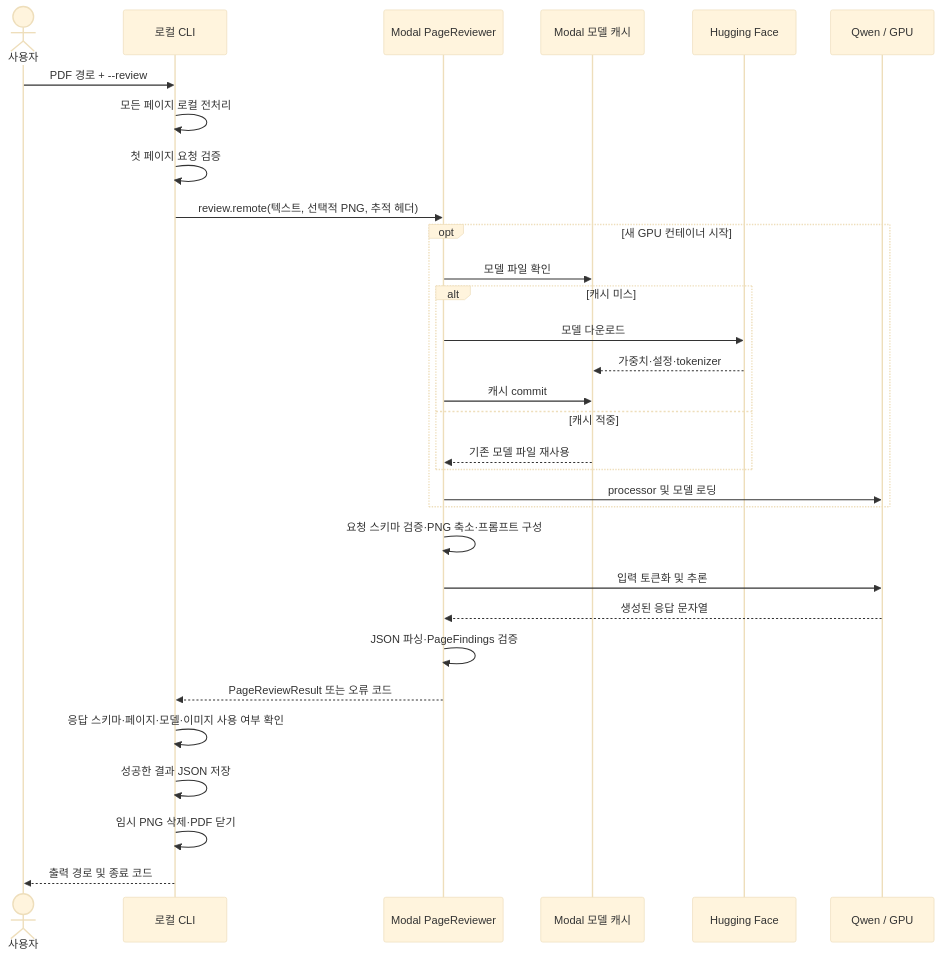
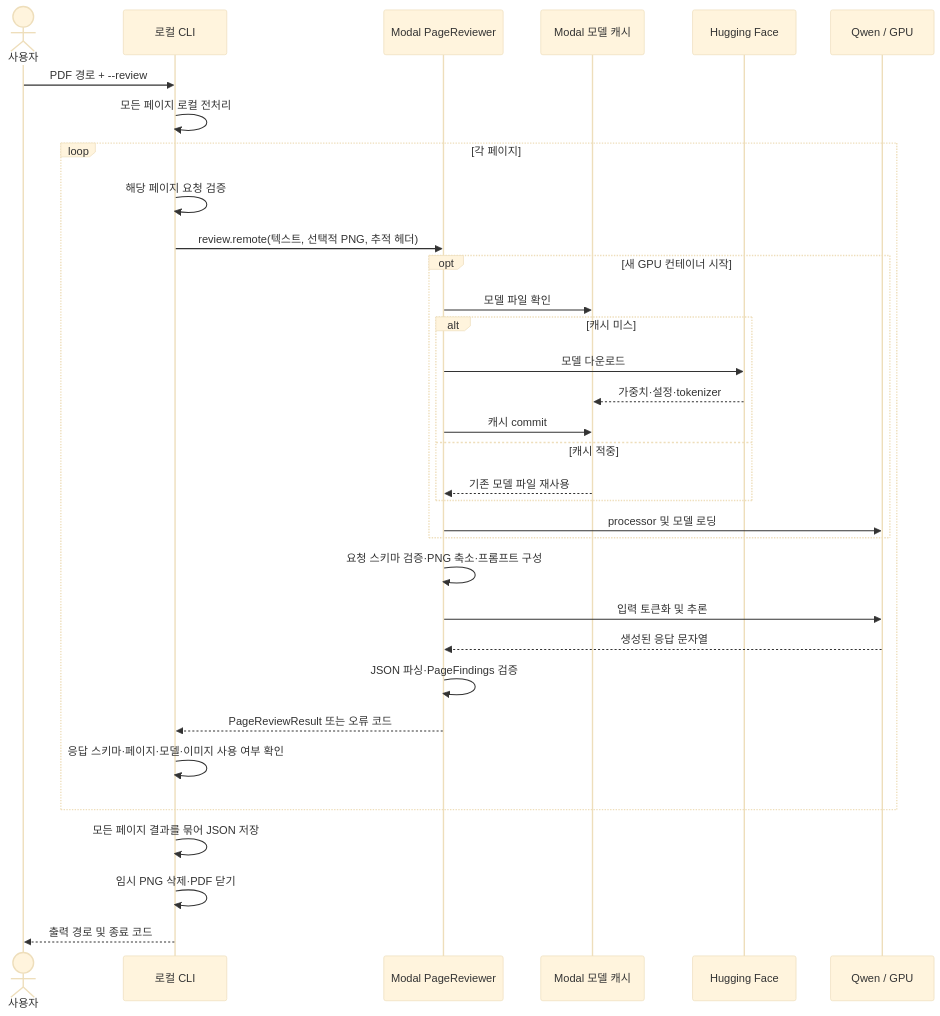
One commit to socratone/exam-review changed the second of 2 diagrams in docs/cli-flow.md. Above: the diagram before and after it, drawn with Mermaid (base theme). The commit also changed other lines of this file and 7 other files, not shown here.

````diff
--- a/docs/cli-flow.md
+++ b/docs/cli-flow.md
@@ -111,34 +111,36 @@
 ```mermaid
 sequenceDiagram
     actor User as 사용자
     participant CLI as 로컬 CLI
     participant Worker as Modal PageReviewer
     participant Cache as Modal 모델 캐시
     participant HF as Hugging Face
     participant GPU as Qwen / GPU
 
     User->>CLI: PDF 경로 + --review
     CLI->>CLI: 모든 페이지 로컬 전처리
-    CLI->>CLI: 첫 페이지 요청 검증
-    CLI->>Worker: review.remote(텍스트, 선택적 PNG, 추적 헤더)
-    opt 새 GPU 컨테이너 시작
-        Worker->>Cache: 모델 파일 확인
-        alt 캐시 미스
-            Worker->>HF: 모델 다운로드
-            HF-->>Cache: 가중치·설정·tokenizer
-            Worker->>Cache: 캐시 commit
-        else 캐시 적중
-            Cache-->>Worker: 기존 모델 파일 재사용
+    loop 각 페이지
+        CLI->>CLI: 해당 페이지 요청 검증
+        CLI->>Worker: review.remote(텍스트, 선택적 PNG, 추적 헤더)
+        opt 새 GPU 컨테이너 시작
+            Worker->>Cache: 모델 파일 확인
+            alt 캐시 미스
+                Worker->>HF: 모델 다운로드
+                HF-->>Cache: 가중치·설정·tokenizer
+                Worker->>Cache: 캐시 commit
+            else 캐시 적중
+                Cache-->>Worker: 기존 모델 파일 재사용
+            end
+            Worker->>GPU: processor 및 모델 로딩
         end
-        Worker->>GPU: processor 및 모델 로딩
+        Worker->>Worker: 요청 스키마 검증·PNG 축소·프롬프트 구성
+        Worker->>GPU: 입력 토큰화 및 추론
+        GPU-->>Worker: 생성된 응답 문자열
+        Worker->>Worker: JSON 파싱·PageFindings 검증
+        Worker-->>CLI: PageReviewResult 또는 오류 코드
+        CLI->>CLI: 응답 스키마·페이지·모델·이미지 사용 여부 확인
     end
-    Worker->>Worker: 요청 스키마 검증·PNG 축소·프롬프트 구성
-    Worker->>GPU: 입력 토큰화 및 추론
-    GPU-->>Worker: 생성된 응답 문자열
-    Worker->>Worker: JSON 파싱·PageFindings 검증
-    Worker-->>CLI: PageReviewResult 또는 오류 코드
-    CLI->>CLI: 응답 스키마·페이지·모델·이미지 사용 여부 확인
-    CLI->>CLI: 성공한 결과 JSON 저장
+    CLI->>CLI: 모든 페이지 결과를 묶어 JSON 저장
     CLI->>CLI: 임시 PNG 삭제·PDF 닫기
     CLI-->>User: 출력 경로 및 종료 코드
 ```
````
